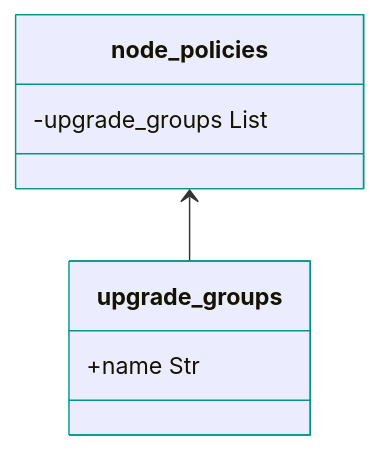
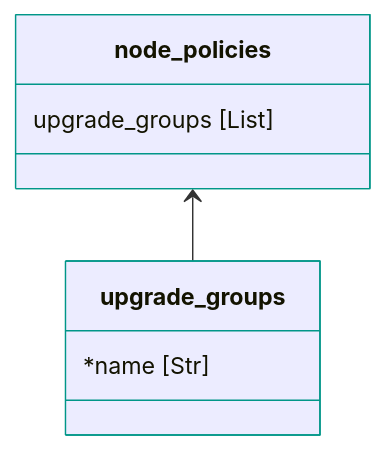
The second of 3 diagrams in docs/data_model/overview.md (netascode/terraform-aci-nac-aci), drawn with Mermaid before and after one commit. The commit also changed other lines of this file and 1 other file, not shown here.

Commit message:
Improve diagram readability

````diff
--- a/docs/data_model/overview.md
+++ b/docs/data_model/overview.md
@@ -26,7 +25,7 @@
 ```mermaid
 %%{init: {'themeVariables': {'nodeBorder': '#009688'}}}%%
 classDiagram
 node_policies <-- upgrade_groups
-node_policies : -upgrade_groups List
-upgrade_groups : +name Str
+node_policies : upgrade_groups [List]
+upgrade_groups : *name [Str]
 ```
````
